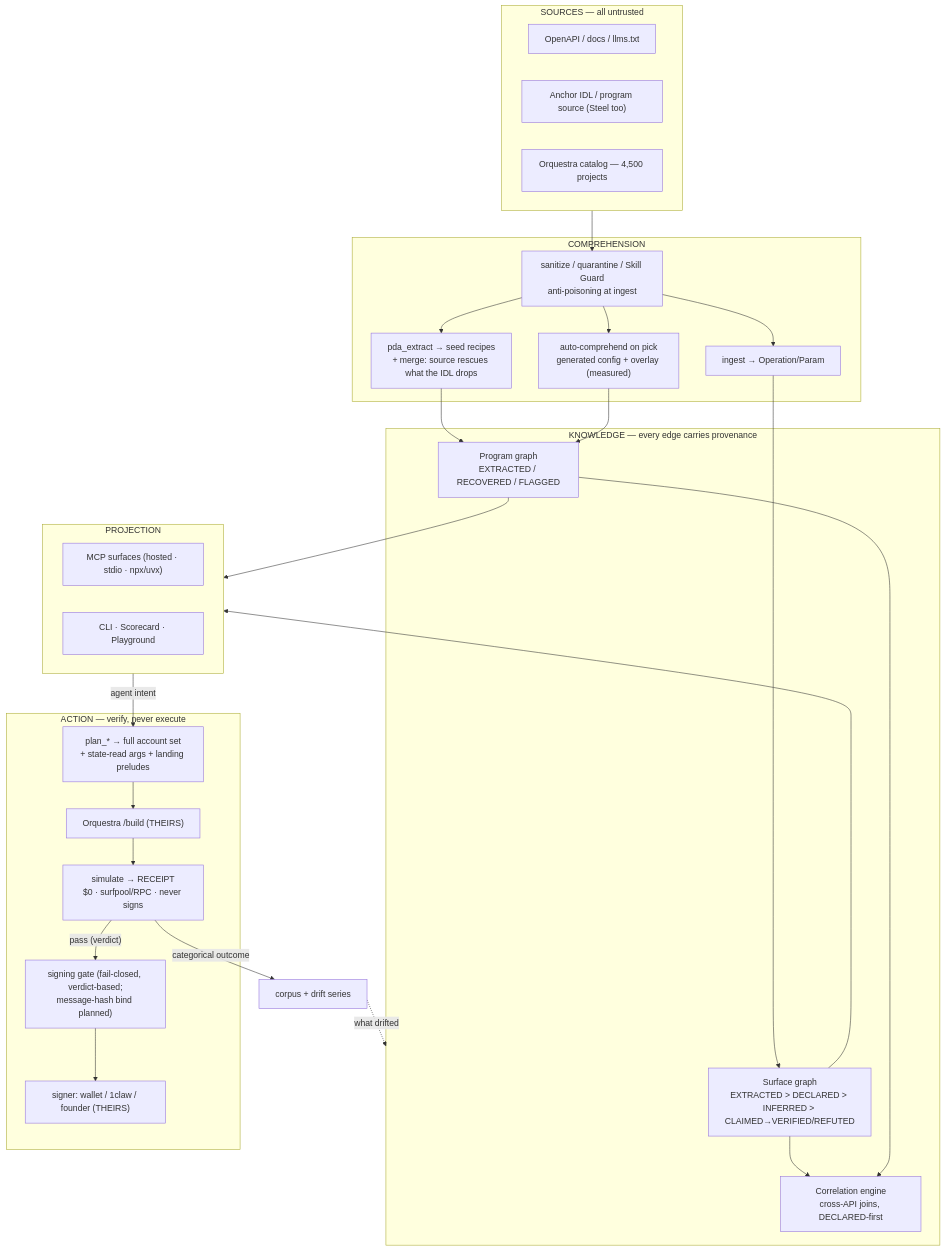
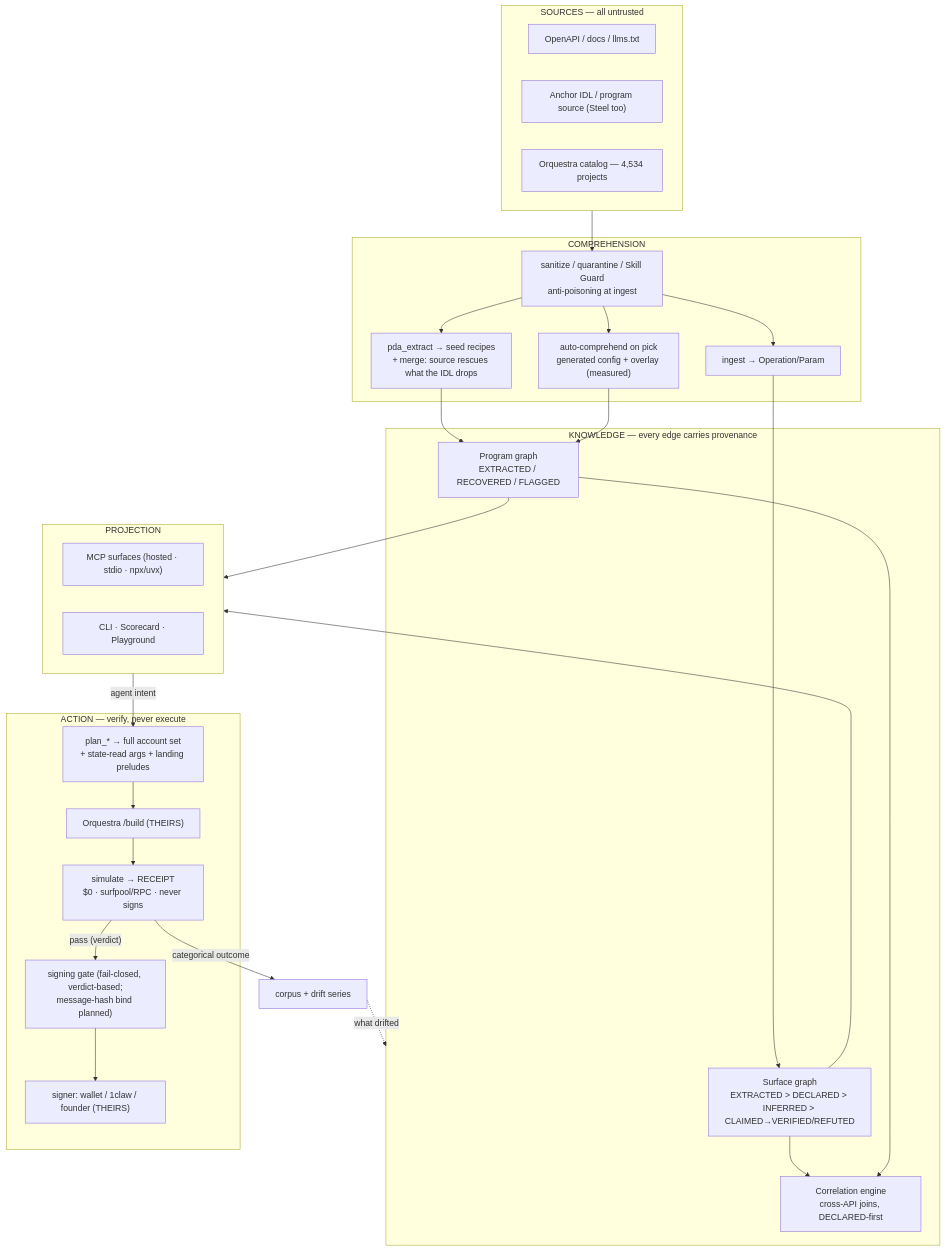
The second of 3 diagrams in docs/architecture.md (GeckoVision/gecko-surf), drawn with Mermaid before and after one commit. The commit also changed other lines of this file and 10 other files, not shown here.

````diff
--- a/docs/architecture.md
+++ b/docs/architecture.md
@@ -72,46 +72,46 @@
 ```mermaid
 flowchart TB
     subgraph SRC["SOURCES — all untrusted"]
         OAS["OpenAPI / docs / llms.txt"]
         IDL["Anchor IDL / program source (Steel too)"]
-        OC["Orquestra catalog — 4,500 projects"]
+        OC["Orquestra catalog — 4,534 projects"]
     end
 
     subgraph COMP["COMPREHENSION"]
         SAN["sanitize / quarantine / Skill Guard<br/>anti-poisoning at ingest"]
         ING["ingest → Operation/Param"]
         PDA["pda_extract → seed recipes<br/>+ merge: source rescues what the IDL drops"]
         AUTO["auto-comprehend on pick<br/>generated config + overlay (measured)"]
     end
 
     subgraph KNOW["KNOWLEDGE — every edge carries provenance"]
         SG["Surface graph<br/>EXTRACTED &gt; DECLARED &gt; INFERRED &gt; CLAIMED→VERIFIED/REFUTED"]
         PG["Program graph<br/>EXTRACTED / RECOVERED / FLAGGED"]
         CORR["Correlation engine<br/>cross-API joins, DECLARED-first"]
     end
 
     subgraph PROJ["PROJECTION"]
         MCP["MCP surfaces (hosted · stdio · npx/uvx)"]
         CLI2["CLI · Scorecard · Playground"]
     end
 
     subgraph ACT["ACTION — verify, never execute"]
         PLAN["plan_* → full account set<br/>+ state-read args + landing preludes"]
         BUILD["Orquestra /build (THEIRS)"]
         SIM["simulate → RECEIPT<br/>$0 · surfpool/RPC · never signs"]
         GATE["signing gate (fail-closed, verdict-based;<br/>message-hash bind planned)"]
         SIGN["signer: wallet / 1claw / founder (THEIRS)"]
     end
 
     SRC --> SAN --> ING & PDA & AUTO
     ING --> SG
     PDA --> PG
     AUTO --> PG
     SG & PG --> CORR
     SG & PG --> PROJ
     PROJ -->|"agent intent"| PLAN
     PLAN --> BUILD --> SIM
     SIM -->|"pass (verdict)"| GATE --> SIGN
     SIM -->|"categorical outcome"| KNOW2["corpus + drift series"]
     KNOW2 -.->|"what drifted"| KNOW
 ```
````
